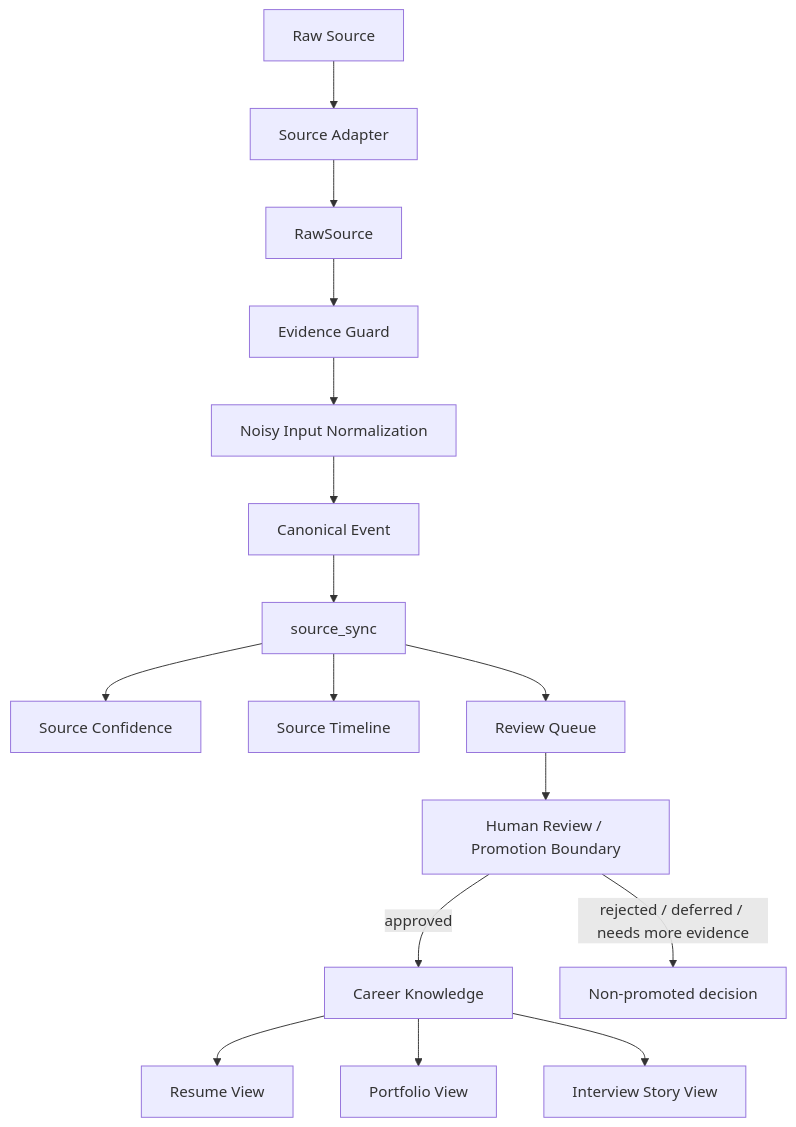
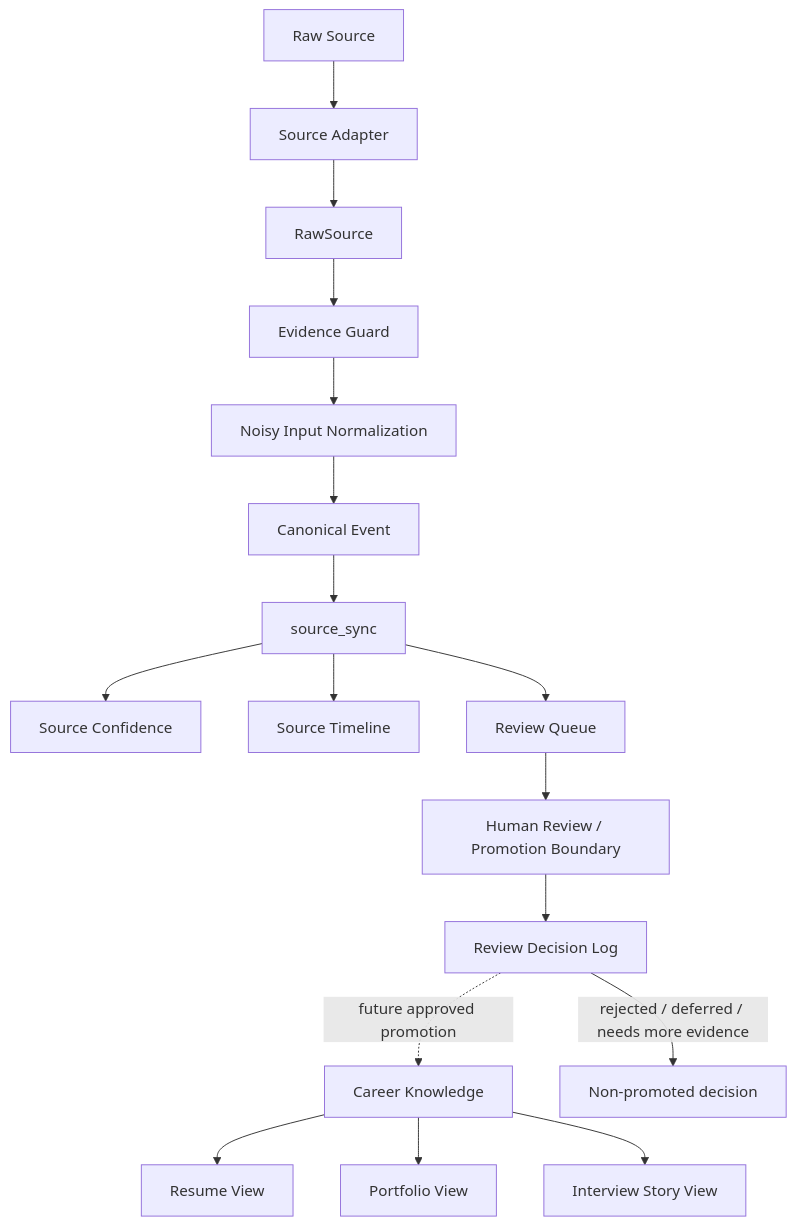
The diagram in docs/02_architecture.md (s-kyono/me-shower), drawn with Mermaid before and after one commit. The commit also changed other lines of this file and 7 other files, not shown here.

Commit message:
Add append-only review decision log

````diff
--- a/docs/02_architecture.md
+++ b/docs/02_architecture.md
@@ -151,18 +155,19 @@
 ```mermaid
 flowchart TD
     A[Raw Source] --> B[Source Adapter]
     B --> C[RawSource]
     C --> D[Evidence Guard]
     D --> E[Noisy Input Normalization]
     E --> F[Canonical Event]
     F --> G[source_sync]
     G --> H[Source Confidence]
     G --> I[Source Timeline]
     G --> P[Review Queue]
     P --> J[Human Review / Promotion Boundary]
-    J -->|approved| K[Career Knowledge]
-    J -->|rejected / deferred / needs more evidence| N[Non-promoted decision]
+    J --> Q[Review Decision Log]
+    Q -.->|future approved promotion| K[Career Knowledge]
+    Q -->|rejected / deferred / needs more evidence| N[Non-promoted decision]
     K --> L[Resume View]
     K --> M[Portfolio View]
     K --> O[Interview Story View]
 ```
````
